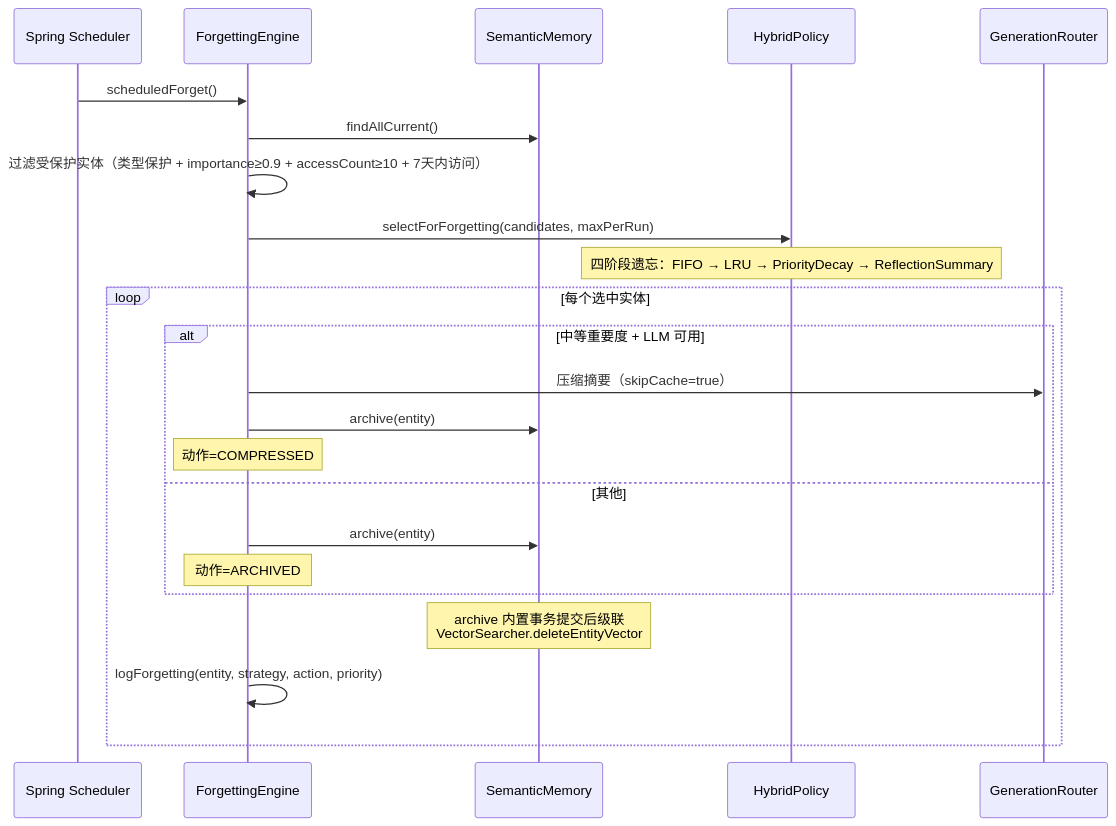
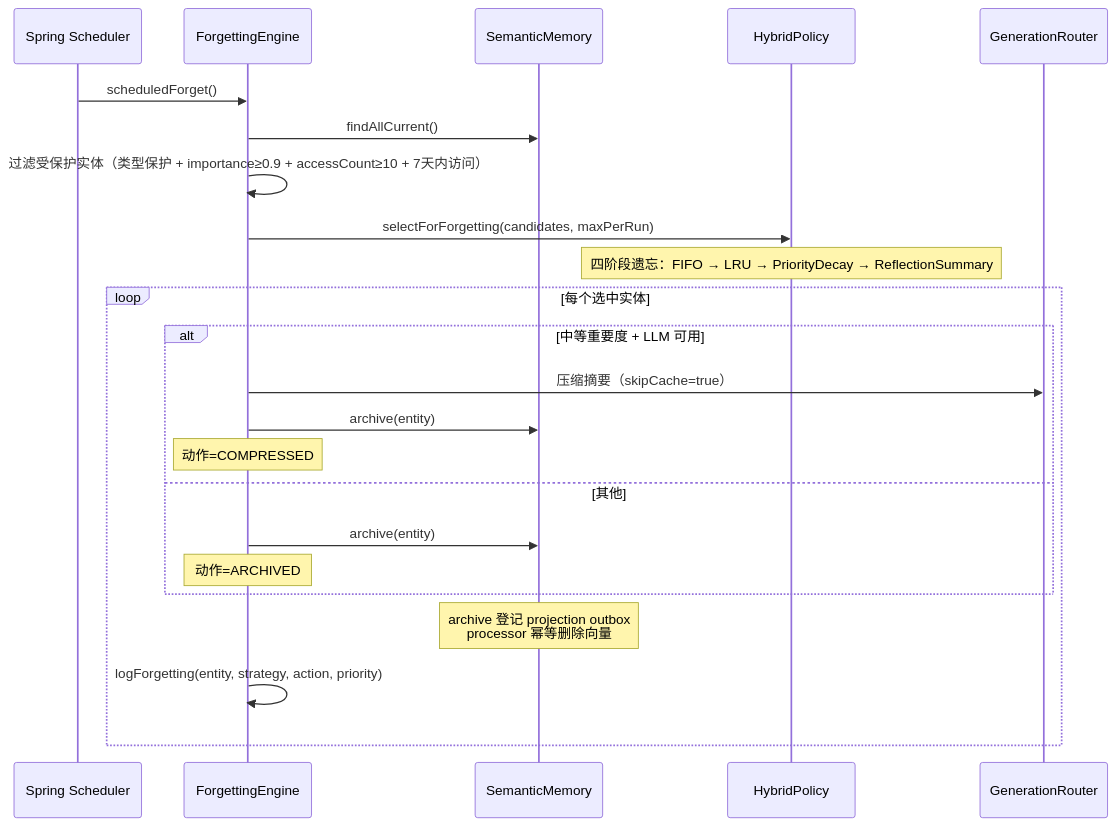
Before and after one commit to ntygod/LifePilot: the third of 3 diagrams in docs/architecture/memory-advanced.md, drawn with Mermaid. The commit also changed other lines of this file and 385 other files, not shown here.

````diff
--- a/docs/architecture/memory-advanced.md
+++ b/docs/architecture/memory-advanced.md
@@ -215,28 +216,28 @@
 ```mermaid
 sequenceDiagram
     participant SCH as Spring Scheduler
     participant FE as ForgettingEngine
     participant SM as SemanticMemory
     participant HP as HybridPolicy
     participant LLM as GenerationRouter
 
     SCH->>FE: scheduledForget()
     FE->>SM: findAllCurrent()
     FE->>FE: 过滤受保护实体（类型保护 + importance≥0.9 + accessCount≥10 + 7天内访问）
 
     FE->>HP: selectForForgetting(candidates, maxPerRun)
     Note over HP: 四阶段遗忘：FIFO → LRU → PriorityDecay → ReflectionSummary
 
     loop 每个选中实体
         alt 中等重要度 + LLM 可用
             FE->>LLM: 压缩摘要（skipCache=true）
             FE->>SM: archive(entity)
             Note over FE: 动作=COMPRESSED
         else 其他
             FE->>SM: archive(entity)
             Note over FE: 动作=ARCHIVED
         end
-        Note over SM: archive 内置事务提交后级联<br/>VectorSearcher.deleteEntityVector
+        Note over SM: archive 登记 projection outbox<br/>processor 幂等删除向量
         FE->>FE: logForgetting(entity, strategy, action, priority)
     end
 ```
````
